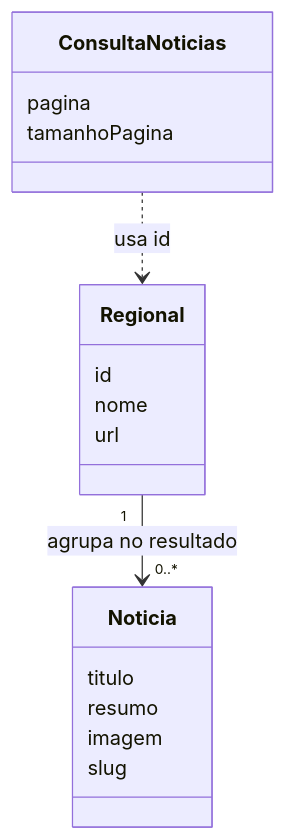
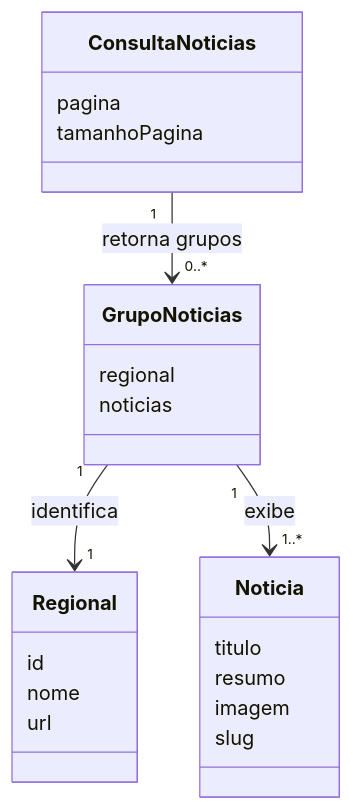
One commit to AdrianoCLeao/engenharia-requisitos-aps changed the second of 2 diagrams in 02-analise/modulo-5-noticias/noticias.md. Above: the diagram before and after it, drawn with Mermaid. The commit also changed other lines of this file, not shown here.

Commit message:
docs(noticias): integrar cardinalidades verificadas ao modelo principal

````diff
--- a/02-analise/modulo-5-noticias/noticias.md
+++ b/02-analise/modulo-5-noticias/noticias.md
@@ -32,20 +33,25 @@
 ```mermaid
 classDiagram
+ class ConsultaNoticias {
+   pagina
+   tamanhoPagina
+ }
  class Regional {
    id
    nome
    url
  }
  class Noticia {
    titulo
    resumo
    imagem
    slug
  }
- class ConsultaNoticias {
-   pagina
-   tamanhoPagina
+ class GrupoNoticias {
+   regional
+   noticias
  }
- Regional "1" --> "0..*" Noticia : agrupa no resultado
- ConsultaNoticias ..> Regional : usa id
+ ConsultaNoticias "1" --> "0..*" GrupoNoticias : retorna grupos
+ GrupoNoticias "1" --> "1" Regional : identifica
+ GrupoNoticias "1" --> "1..*" Noticia : exibe
 ```
````
